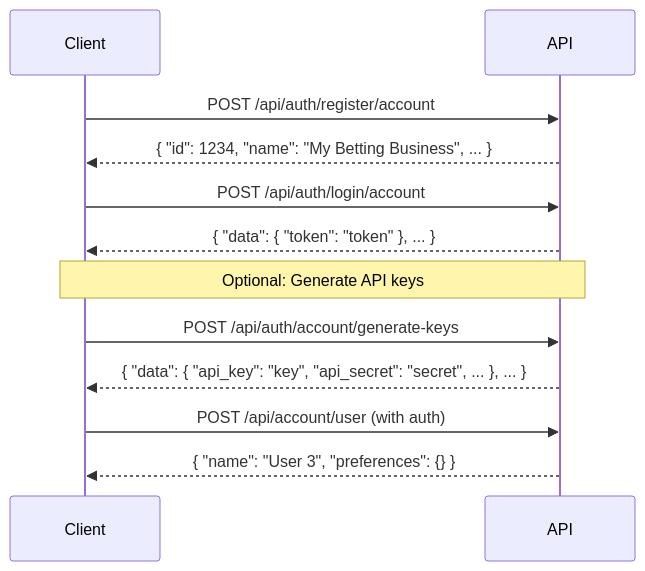
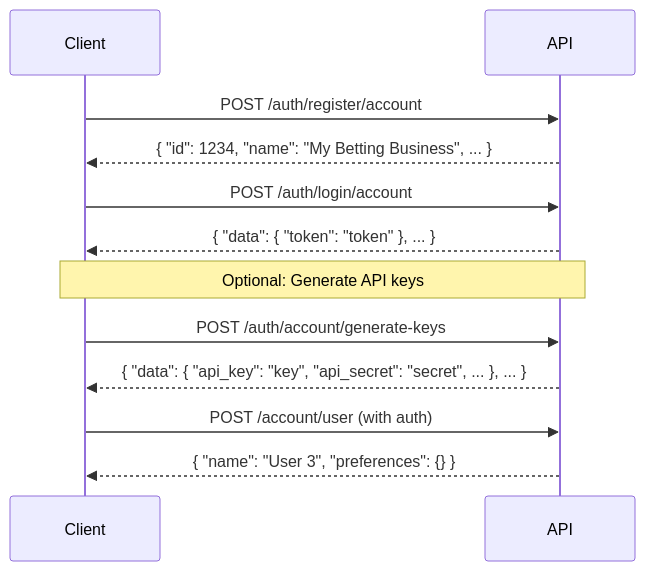
One commit to 55-Tech-Limited/accounting-service-docs changed the diagram in docs/guides/user-management.mdx. Above: the diagram before and after it, drawn with Mermaid. The commit also changed other lines of this file and 6 other files, not shown here.

````diff
--- a/docs/guides/user-management.mdx
+++ b/docs/guides/user-management.mdx
@@ -209,14 +209,14 @@
 ```mermaid
 sequenceDiagram
     participant Client
     participant API
-    Client->>API: POST /api/auth/register/account
+    Client->>API: POST /auth/register/account
     API-->>Client: { "id": 1234, "name": "My Betting Business", ... }
-    Client->>API: POST /api/auth/login/account
+    Client->>API: POST /auth/login/account
     API-->>Client: { "data": { "token": "token" }, ... }
     Note over Client,API: Optional: Generate API keys
-    Client->>API: POST /api/auth/account/generate-keys
+    Client->>API: POST /auth/account/generate-keys
     API-->>Client: { "data": { "api_key": "key", "api_secret": "secret", ... }, ... }
-    Client->>API: POST /api/account/user (with auth)
+    Client->>API: POST /account/user (with auth)
     API-->>Client: { "name": "User 3", "preferences": {} }
 ```
````
